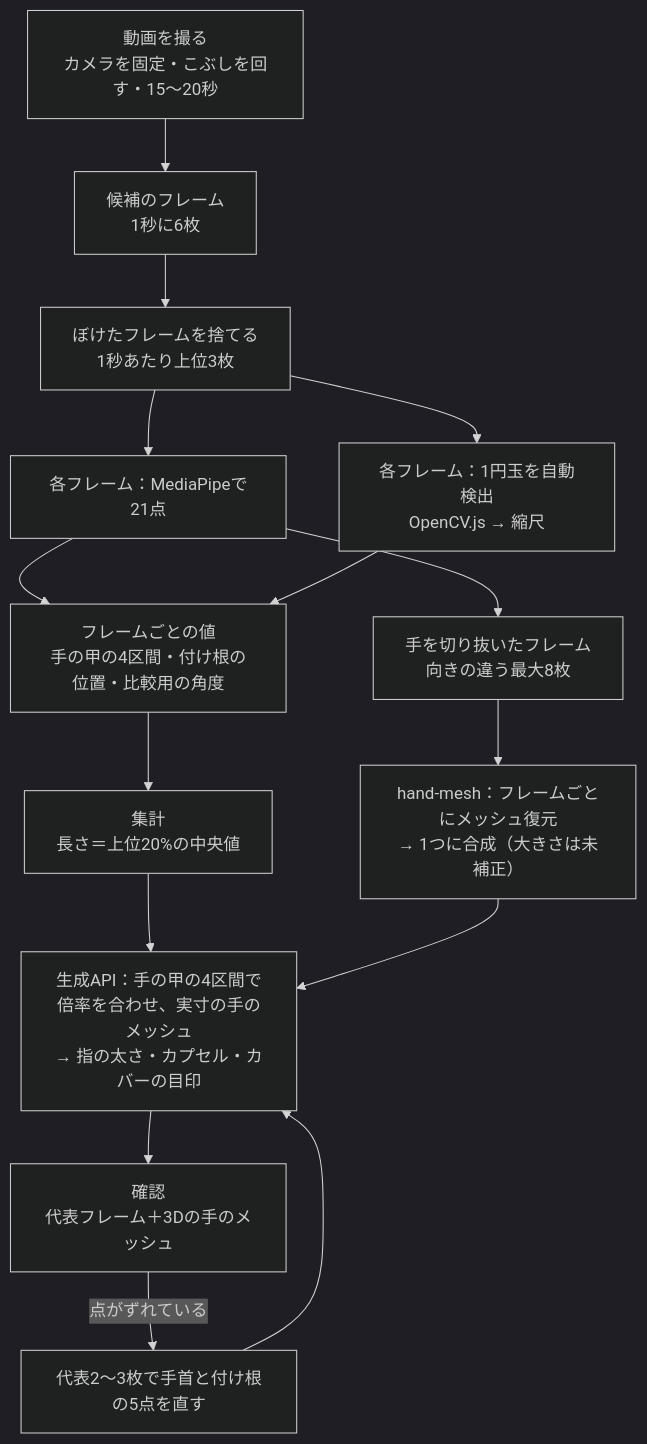
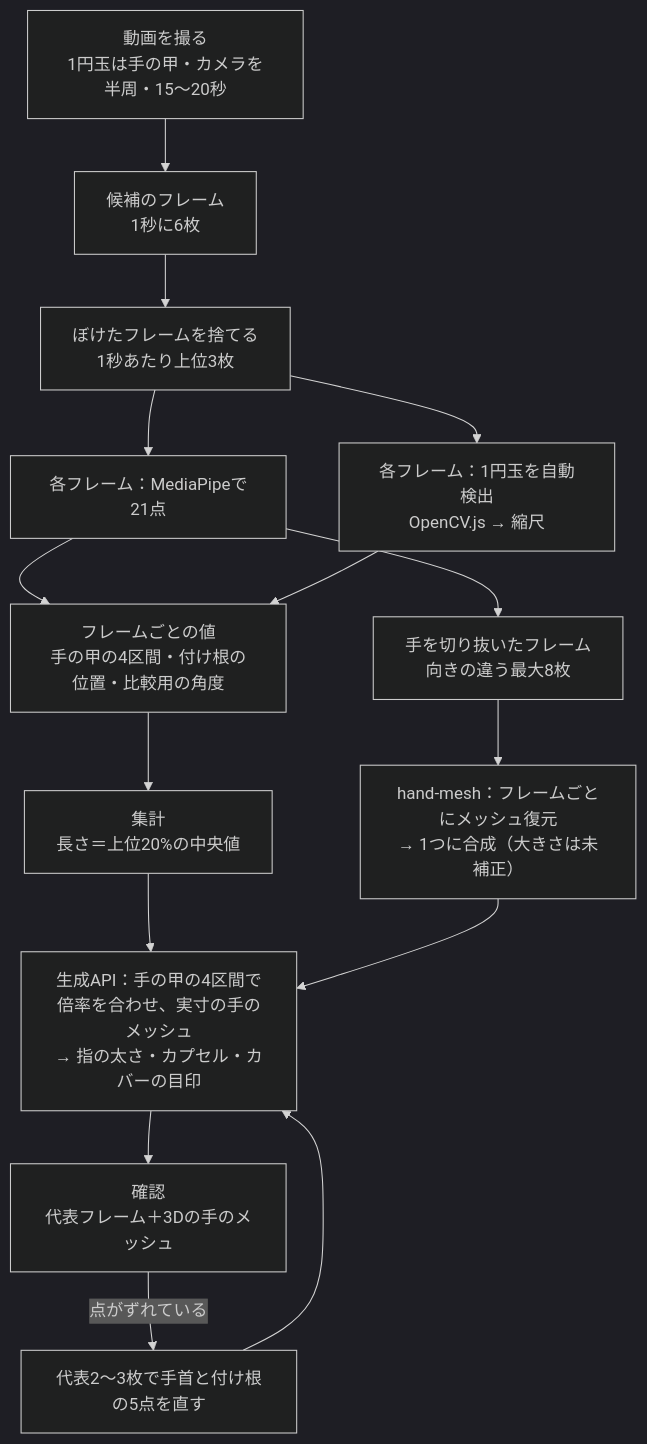
One commit to Devfest-Hackathon-2026/df-2026-t101 changed the first of 2 diagrams in docs/measurement.md. Above: the diagram before and after it, drawn with Mermaid (dark theme). The commit also changed other lines of this file and 6 other files, not shown here.

````diff
--- a/docs/measurement.md
+++ b/docs/measurement.md
@@ -16,15 +16,15 @@
 ```mermaid
 flowchart TD
-  A[動画を撮る<br/>カメラを固定・こぶしを回す・15〜20秒] --> B[候補のフレーム<br/>1秒に6枚]
+  A[動画を撮る<br/>1円玉は手の甲・カメラを半周・15〜20秒] --> B[候補のフレーム<br/>1秒に6枚]
   B --> C[ぼけたフレームを捨てる<br/>1秒あたり上位3枚]
   C --> D[各フレーム：MediaPipeで21点]
   C --> E[各フレーム：1円玉を自動検出<br/>OpenCV.js → 縮尺]
   D & E --> F[フレームごとの値<br/>手の甲の4区間・付け根の位置・比較用の角度]
   F --> G[集計<br/>長さ＝上位20%の中央値]
   D --> H[手を切り抜いたフレーム<br/>向きの違う最大8枚]
   H --> I[hand-mesh：フレームごとにメッシュ復元<br/>→ 1つに合成（大きさは未補正）]
   G & I --> J[生成API：手の甲の4区間で倍率を合わせ、実寸の手のメッシュ<br/>→ 指の太さ・カプセル・カバーの目印]
   J --> K[確認<br/>代表フレーム＋3Dの手のメッシュ]
   K -->|点がずれている| L[代表2〜3枚で手首と付け根の5点を直す]
   L --> J
 ```
````
